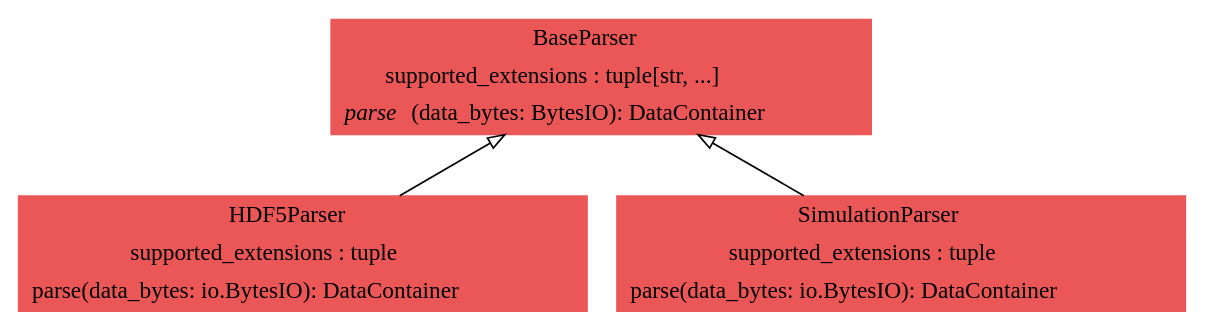
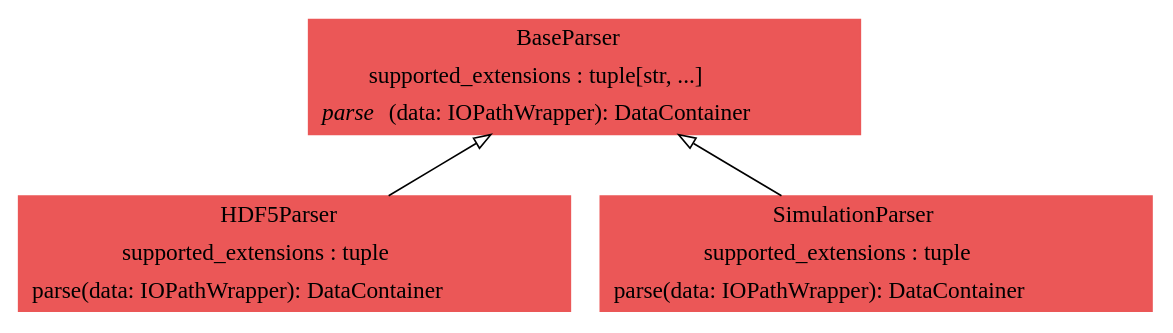
The diagram in docs/pyreverse/graphviz/classes_pythermondt.io.gv (voidsy-gmbh/pyThermoNDT), drawn with Graphviz before and after one commit. The commit also changed 29 other files, not shown here.

First line of the commit message:
Introduce wrapper class for unified access to file paths and file-like objects when loading data using one of the readers (#77)

```diff
--- a/docs/pyreverse/graphviz/classes_pythermondt.io.gv
+++ b/docs/pyreverse/graphviz/classes_pythermondt.io.gv
@@ -1,9 +1,9 @@
 digraph "classes_pythermondt.io" {
 rankdir=BT
 charset="utf-8"
-"pythermondt.io.parsers.base_parser.BaseParser" [color="#EB5757", fontcolor="black", label=<{BaseParser|supported_extensions : tuple[str, ...]<br ALIGN="LEFT"/>|<I>parse</I>(data_bytes: BytesIO): DataContainer<br ALIGN="LEFT"/>}>, shape="record", style="filled"];
-"pythermondt.io.parsers.hdf5_parser.HDF5Parser" [color="#EB5757", fontcolor="black", label=<{HDF5Parser|supported_extensions : tuple<br ALIGN="LEFT"/>|parse(data_bytes: io.BytesIO): DataContainer<br ALIGN="LEFT"/>}>, shape="record", style="filled"];
-"pythermondt.io.parsers.simulation_parser.SimulationParser" [color="#EB5757", fontcolor="black", label=<{SimulationParser|supported_extensions : tuple<br ALIGN="LEFT"/>|parse(data_bytes: io.BytesIO): DataContainer<br ALIGN="LEFT"/>}>, shape="record", style="filled"];
+"pythermondt.io.parsers.base_parser.BaseParser" [color="#EB5757", fontcolor="black", label=<{BaseParser|supported_extensions : tuple[str, ...]<br ALIGN="LEFT"/>|<I>parse</I>(data: IOPathWrapper): DataContainer<br ALIGN="LEFT"/>}>, shape="record", style="filled"];
+"pythermondt.io.parsers.hdf5_parser.HDF5Parser" [color="#EB5757", fontcolor="black", label=<{HDF5Parser|supported_extensions : tuple<br ALIGN="LEFT"/>|parse(data: IOPathWrapper): DataContainer<br ALIGN="LEFT"/>}>, shape="record", style="filled"];
+"pythermondt.io.parsers.simulation_parser.SimulationParser" [color="#EB5757", fontcolor="black", label=<{SimulationParser|supported_extensions : tuple<br ALIGN="LEFT"/>|parse(data: IOPathWrapper): DataContainer<br ALIGN="LEFT"/>}>, shape="record", style="filled"];
 "pythermondt.io.parsers.hdf5_parser.HDF5Parser" -> "pythermondt.io.parsers.base_parser.BaseParser" [arrowhead="empty", arrowtail="none"];
 "pythermondt.io.parsers.simulation_parser.SimulationParser" -> "pythermondt.io.parsers.base_parser.BaseParser" [arrowhead="empty", arrowtail="none"];
 }
```
